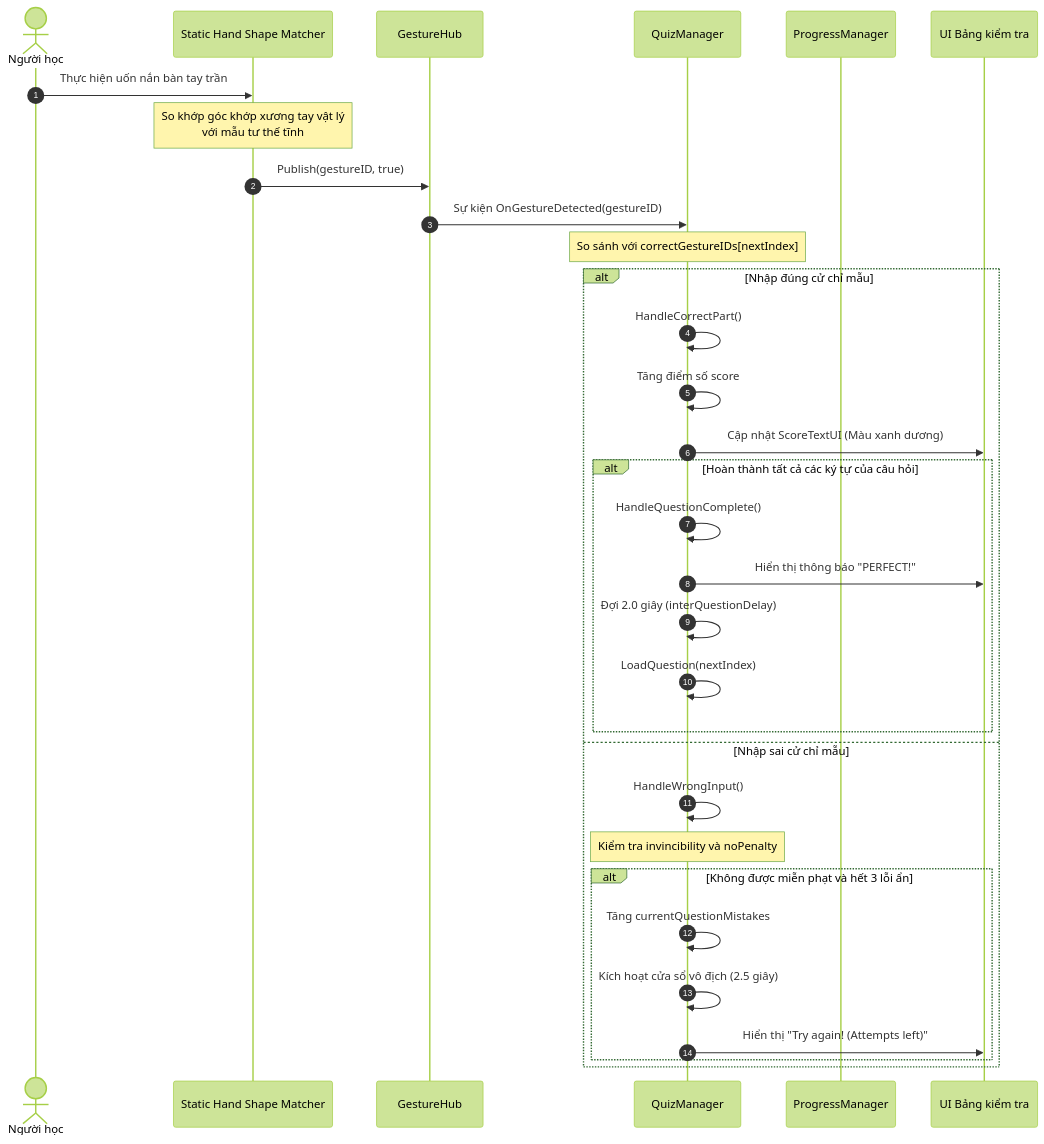
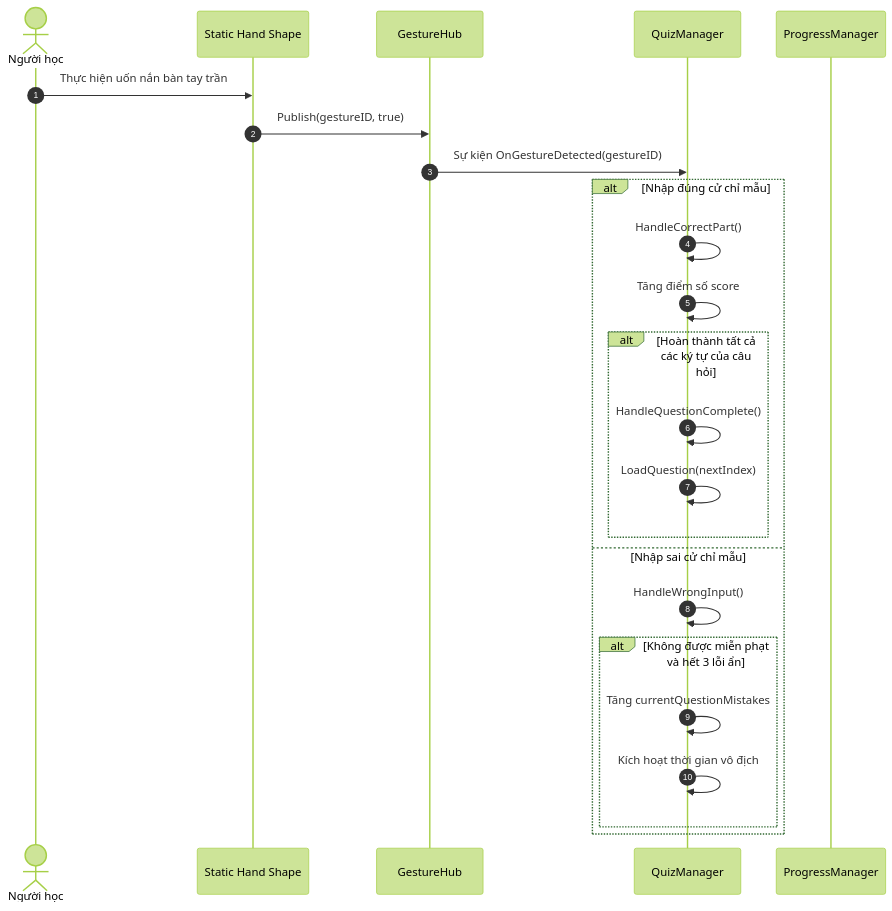
Before and after one commit to MinhTrinh04/ASL: the sixth of 8 diagrams in docs/DATN/12-Chương_5_Các_giải_pháp_và_đóng_góp_nổi_bật.md, drawn with Mermaid (forest theme). The commit also changed other lines of this file, not shown here.

````diff
--- a/docs/DATN/12-Chương_5_Các_giải_pháp_và_đóng_góp_nổi_bật.md
+++ b/docs/DATN/12-Chương_5_Các_giải_pháp_và_đóng_góp_nổi_bật.md
@@ -363,36 +365,27 @@
 ```mermaid
 sequenceDiagram
     autonumber
     actor Player as Người học
-    participant SR as Static Hand Shape Matcher
+    participant SR as Static Hand Shape
     participant GH as GestureHub
     participant QM as QuizManager
     participant PM as ProgressManager
-    participant UI as UI Bảng kiểm tra
-
     Player->>SR: Thực hiện uốn nắn bàn tay trần
-    Note over SR: So khớp góc khớp xương tay vật lý<br/>với mẫu tư thế tĩnh
     SR->>GH: Publish(gestureID, true)
     GH->>QM: Sự kiện OnGestureDetected(gestureID)
 
-    Note over QM: So sánh với correctGestureIDs[nextIndex]
     alt Nhập đúng cử chỉ mẫu
         QM->>QM: HandleCorrectPart()
         QM->>QM: Tăng điểm số score
-        QM->>UI: Cập nhật ScoreTextUI (Màu xanh dương)
         alt Hoàn thành tất cả các ký tự của câu hỏi
             QM->>QM: HandleQuestionComplete()
-            QM->>UI: Hiển thị thông báo "PERFECT!"
-            QM->>QM: Đợi 2.0 giây (interQuestionDelay)
             QM->>QM: LoadQuestion(nextIndex)
         end
     else Nhập sai cử chỉ mẫu
         QM->>QM: HandleWrongInput()
-        Note over QM: Kiểm tra invincibility và noPenalty
         alt Không được miễn phạt và hết 3 lỗi ẩn
             QM->>QM: Tăng currentQuestionMistakes
-            QM->>QM: Kích hoạt cửa sổ vô địch (2.5 giây)
-            QM->>UI: Hiển thị "Try again! (Attempts left)"
+            QM->>QM: Kích hoạt thời gian vô địch
         end
     end
 ```
````
